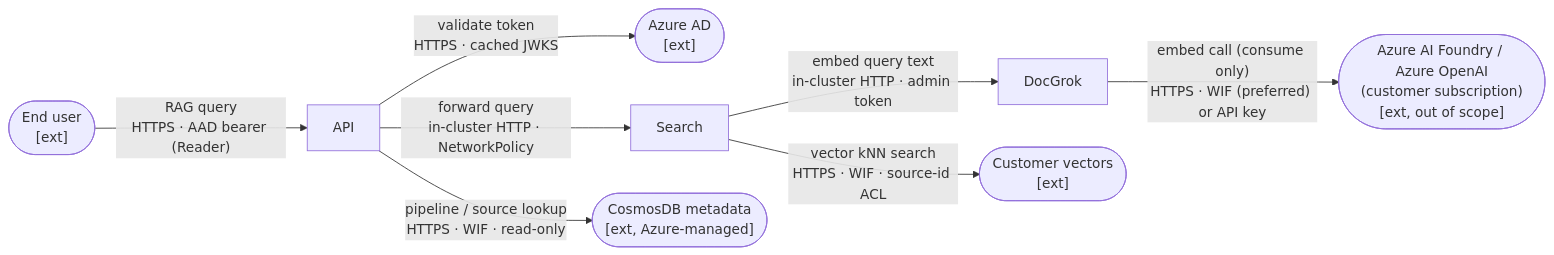
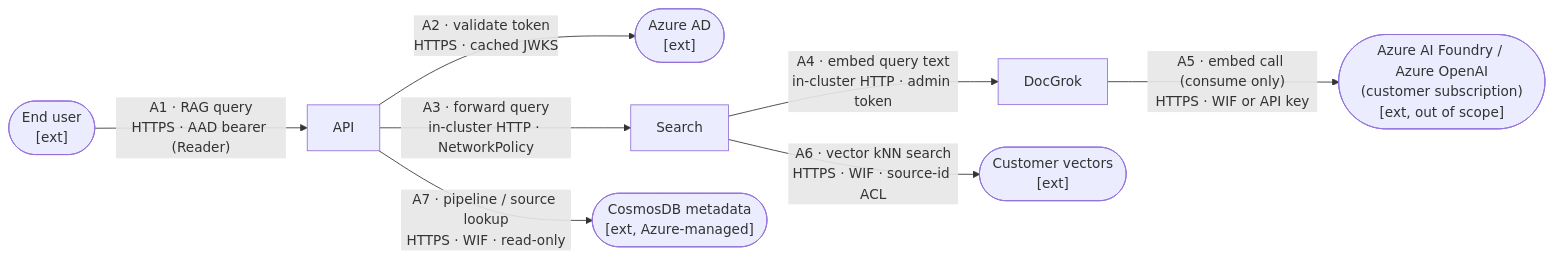
The second of 5 diagrams in docs/security/threat-model.md (AzureCosmosDB/OmniVec), drawn with Mermaid before and after one commit. The commit also changed other lines of this file, not shown here.

First line of the commit message:
security(threat-model): add per-flow detail tables for each scenario

````diff
--- a/docs/security/threat-model.md
+++ b/docs/security/threat-model.md
@@ -127,19 +127,19 @@
 ```mermaid
 flowchart LR
   user(["End user<br/>[ext]"])
   aad(["Azure AD<br/>[ext]"])
   api["API"]
   search["Search"]
   docgrok["DocGrok"]
   cmeta(["CosmosDB metadata<br/>[ext, Azure-managed]"])
   cvec(["Customer vectors<br/>[ext]"])
   foundry(["Azure AI Foundry / Azure OpenAI<br/>(customer subscription)<br/>[ext, out of scope]"])
 
-  user -->|"RAG query<br/>HTTPS · AAD bearer (Reader)"| api
-  api -->|"validate token<br/>HTTPS · cached JWKS"| aad
-  api -->|"forward query<br/>in-cluster HTTP · NetworkPolicy"| search
-  search -->|"embed query text<br/>in-cluster HTTP · admin token"| docgrok
-  docgrok -->|"embed call (consume only)<br/>HTTPS · WIF (preferred) or API key"| foundry
-  search -->|"vector kNN search<br/>HTTPS · WIF · source-id ACL"| cvec
-  api -->|"pipeline / source lookup<br/>HTTPS · WIF · read-only"| cmeta
+  user -->|"A1 · RAG query<br/>HTTPS · AAD bearer (Reader)"| api
+  api -->|"A2 · validate token<br/>HTTPS · cached JWKS"| aad
+  api -->|"A3 · forward query<br/>in-cluster HTTP · NetworkPolicy"| search
+  search -->|"A4 · embed query text<br/>in-cluster HTTP · admin token"| docgrok
+  docgrok -->|"A5 · embed call (consume only)<br/>HTTPS · WIF or API key"| foundry
+  search -->|"A6 · vector kNN search<br/>HTTPS · WIF · source-id ACL"| cvec
+  api -->|"A7 · pipeline / source lookup<br/>HTTPS · WIF · read-only"| cmeta
 ```
````
